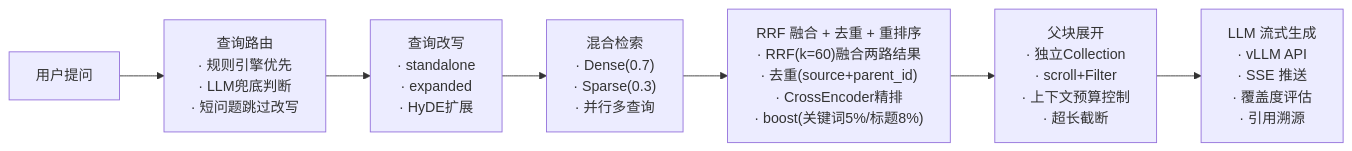
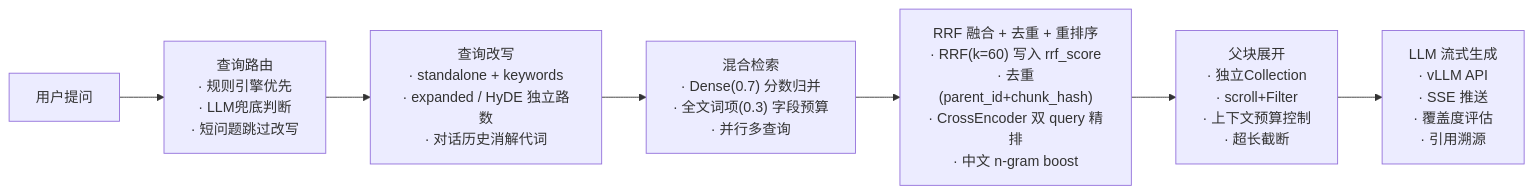
Before and after one commit to youngerrwei/403_RAG: the fourth of 5 diagrams in docs/ARCHITECTURE.md, drawn with Mermaid. The commit also changed other lines of this file and 7 other files, not shown here.

````diff
--- a/docs/ARCHITECTURE.md
+++ b/docs/ARCHITECTURE.md
@@ -93,9 +93,9 @@
 ```mermaid
 flowchart LR
     A["用户提问"] --> B["查询路由<br>· 规则引擎优先<br>· LLM兜底判断<br>· 短问题跳过改写"]
-    B --> C["查询改写<br>· standalone<br>· expanded<br>· HyDE扩展"]
-    C --> D["混合检索<br>· Dense(0.7)<br>· Sparse(0.3)<br>· 并行多查询"]
-    D --> E["RRF 融合 + 去重 + 重排序<br>· RRF(k=60)融合两路结果<br>· 去重(source+parent_id)<br>· CrossEncoder精排<br>· boost(关键词5%/标题8%)"]
+    B --> C["查询改写<br>· standalone + keywords<br>· expanded / HyDE 独立路数<br>· 对话历史消解代词"]
+    C --> D["混合检索<br>· Dense(0.7) 分数归并<br>· 全文词项(0.3) 字段预算<br>· 并行多查询"]
+    D --> E["RRF 融合 + 去重 + 重排序<br>· RRF(k=60) 写入 rrf_score<br>· 去重(parent_id+chunk_hash)<br>· CrossEncoder 双 query 精排<br>· 中文 n-gram boost"]
     E --> F["父块展开<br>· 独立Collection<br>· scroll+Filter<br>· 上下文预算控制<br>· 超长截断"]
     F --> G["LLM 流式生成<br>· vLLM API<br>· SSE 推送<br>· 覆盖度评估<br>· 引用溯源"]
 ```
````
